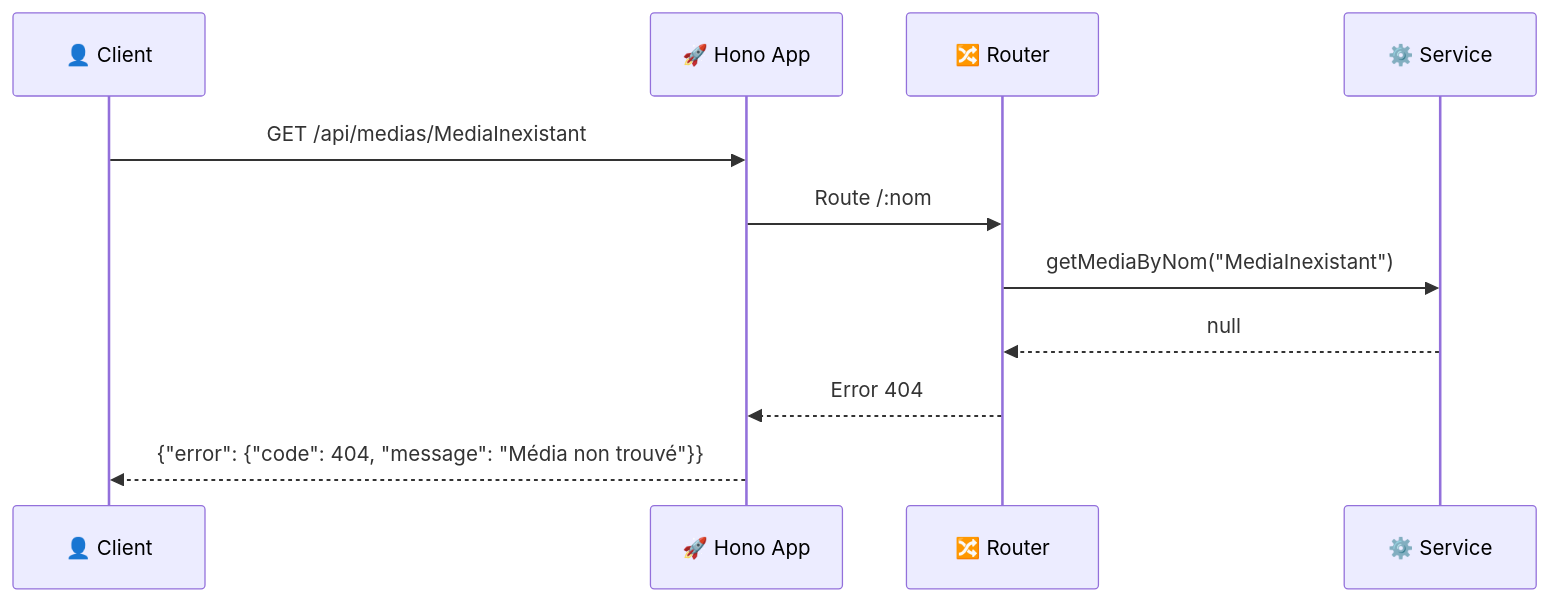
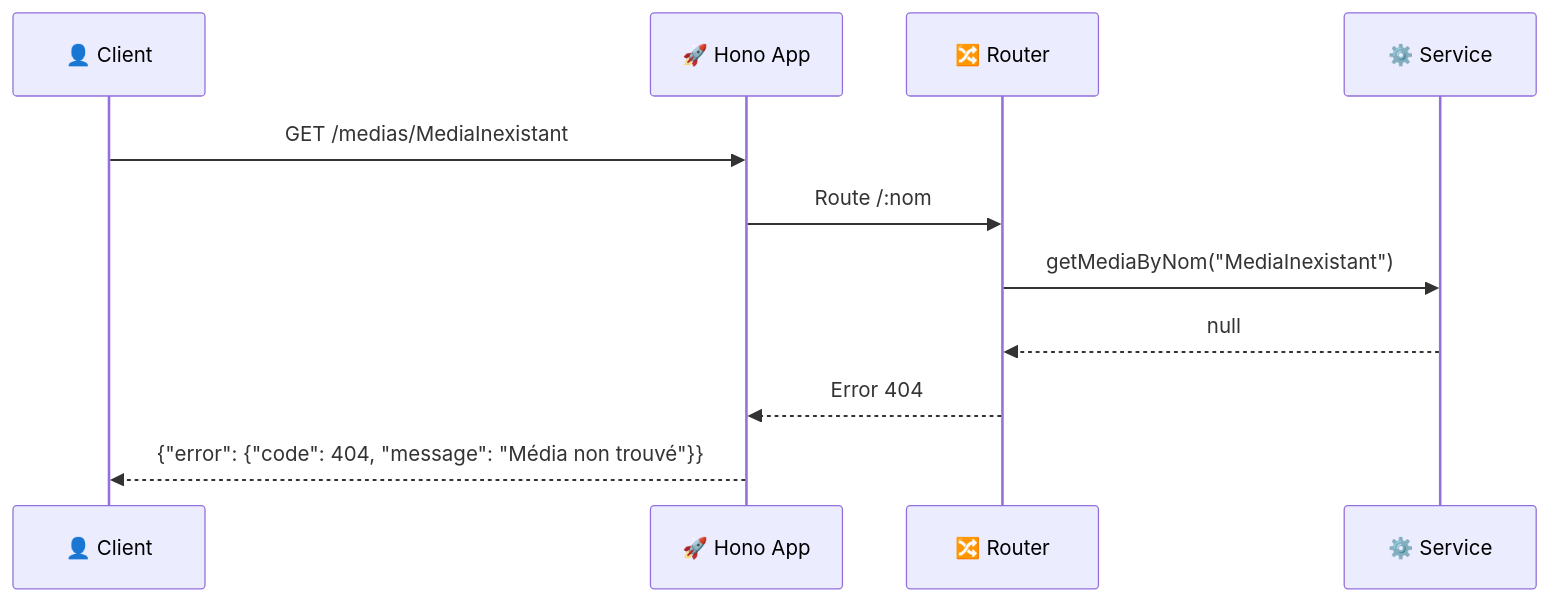
Before and after one commit to cedric-famibelle-pronzola/medias-francais-api: the eighth of 14 diagrams in docs/diagrams.md, drawn with Mermaid. The commit also changed other lines of this file and 5 other files, not shown here.

````diff
--- a/docs/diagrams.md
+++ b/docs/diagrams.md
@@ -395,14 +405,14 @@
 ```mermaid
 sequenceDiagram
     participant C as 👤 Client
     participant H as 🚀 Hono App
     participant R as 🔀 Router
     participant S as ⚙️ Service
 
-    C->>H: GET /api/medias/MediaInexistant
+    C->>H: GET /medias/MediaInexistant
     H->>R: Route /:nom
     R->>S: getMediaByNom("MediaInexistant")
     S-->>R: null
     R-->>H: Error 404
     H-->>C: {"error": {"code": 404, "message": "Média non trouvé"}}
 ```
````
